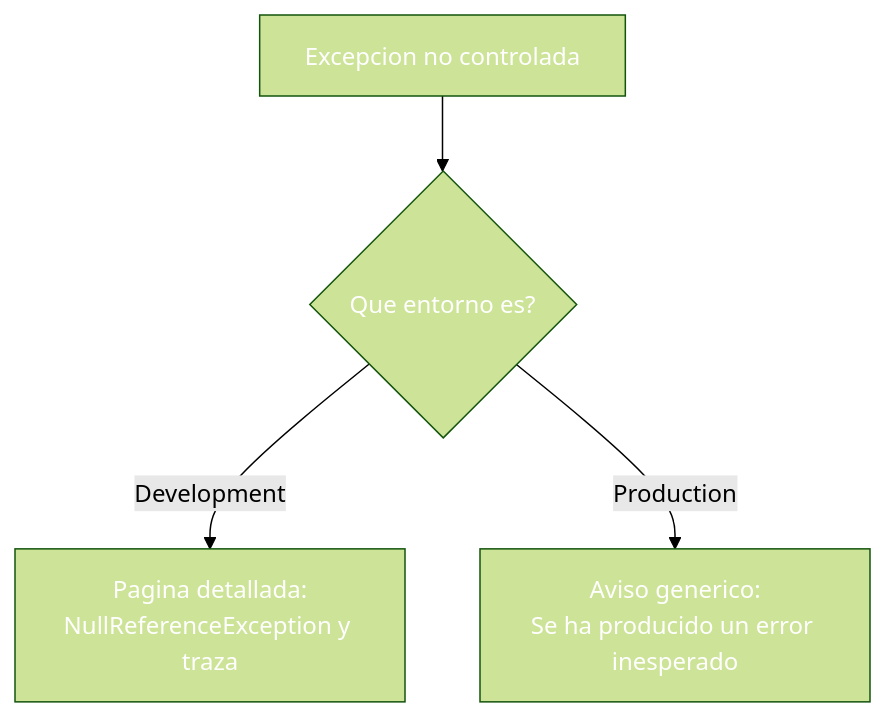
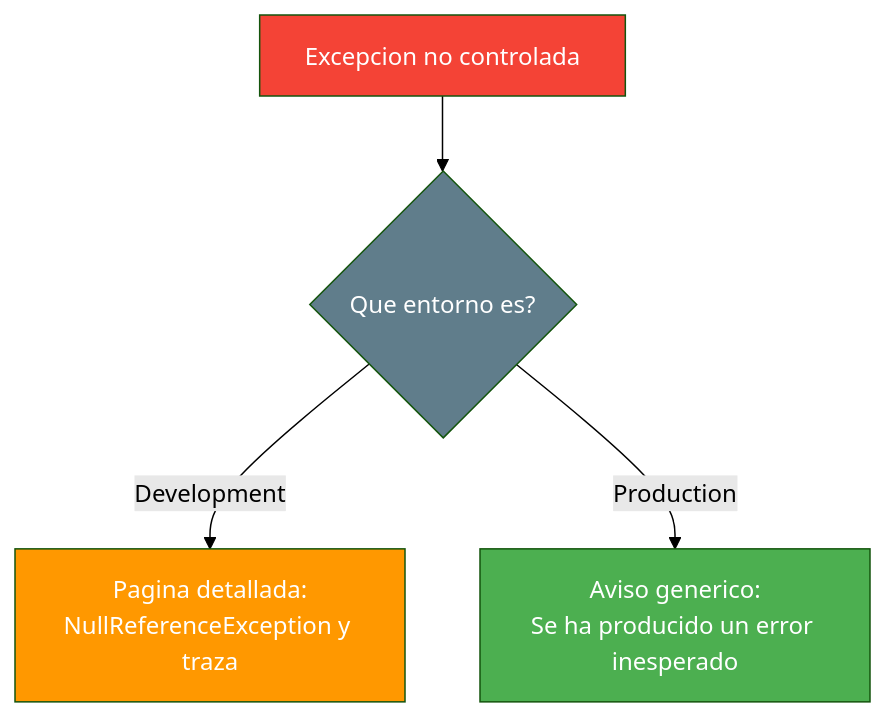
Before and after one commit to joseluisgs/DesarrolloWebEntornosServidor-03-2026-2027: the sixth of 6 diagrams in 23-herramientas-debug.md, drawn with Mermaid (forest theme). The commit also changed other lines of this file and 25 other files, not shown here.

Commit message:
docs: corregir los estilos Mermaid de los temas y alinear el dominio del tema 25 con ProductosApp

````diff
--- a/23-herramientas-debug.md
+++ b/23-herramientas-debug.md
@@ -285,10 +285,10 @@
 ```mermaid
 graph TD
     X["Excepcion no controlada"] --> Q{"Que entorno es?"}
     Q -->|Development| D["Pagina detallada:<br/>NullReferenceException y traza"]
     Q -->|Production| P["Aviso generico:<br/>Se ha producido un error inesperado"]
-    style X fill:#f4433,color:#fff6,color:#fff
-    style Q fill:#607D8,color:#fffB,color:#fff
-    style D fill:#FF980,color:#fff0,color:#fff
-    style P fill:#4CAF5,color:#fff0,color:#fff
+    style X fill:#f44336,color:#fff
+    style Q fill:#607D8B,color:#fff
+    style D fill:#FF9800,color:#fff
+    style P fill:#4CAF50,color:#fff
 ```
````
